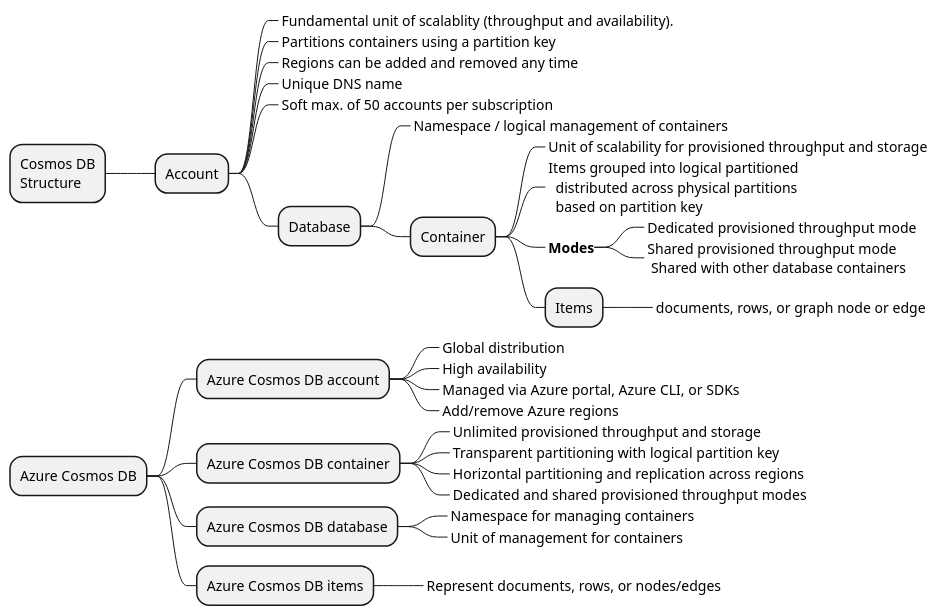
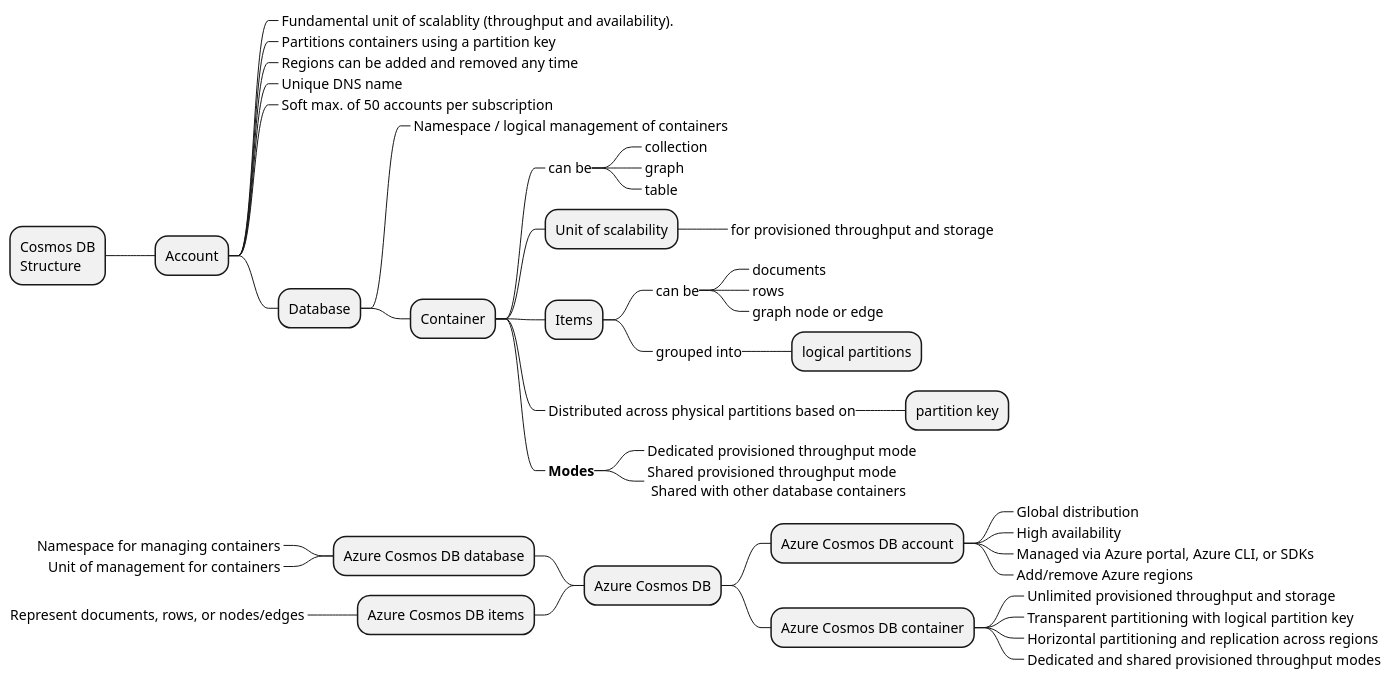
Before and after one commit to rob-bl8ke/Az204-Cosmos: the diagram in Notes/Diagrams/cosmosdb-structure.plantuml, drawn with PlantUML. The commit also changed 8 other files, not shown here.

```diff
--- a/Notes/Diagrams/cosmosdb-structure.plantuml
+++ b/Notes/Diagrams/cosmosdb-structure.plantuml
@@ -1,38 +1,49 @@
 @startmindmap "Cosmos DB Structure"
 
 + Cosmos DB\nStructure
 ++ Account
 +++_ Fundamental unit of scalablity (throughput and availability).
 +++_ Partitions containers using a partition key
 +++_ Regions can be added and removed any time
 +++_ Unique DNS name
 +++_ Soft max. of 50 accounts per subscription
 +++ Database
 ++++_ Namespace / logical management of containers
 ++++ Container
-+++++_ Unit of scalability for provisioned throughput and storage
-+++++_ Items grouped into logical partitioned\n  distributed across physical partitions\n  based on partition key
++++++_ can be
+++++++_ collection
+++++++_ graph
+++++++_ table
++++++ Unit of scalability
+++++++_ for provisioned throughput and storage
++++++ Items
+++++++_ can be
++++++++_ documents
++++++++_ rows
++++++++_ graph node or edge
+++++++_ grouped into
++++++++ logical partitions
++++++_ Distributed across physical partitions based on
+++++++ partition key
 +++++_ **Modes**
 ++++++_ Dedicated provisioned throughput mode
 ++++++_ Shared provisioned throughput mode\n Shared with other database containers
-+++++ Items
-++++++_ documents, rows, or graph node or edge
 
-* Azure Cosmos DB
-** Azure Cosmos DB account
-***_ Global distribution
-***_ High availability
-***_ Managed via Azure portal, Azure CLI, or SDKs
-***_ Add/remove Azure regions
-** Azure Cosmos DB container
-***_ Unlimited provisioned throughput and storage
-***_ Transparent partitioning with logical partition key
-***_ Horizontal partitioning and replication across regions
-***_ Dedicated and shared provisioned throughput modes
-** Azure Cosmos DB database
-***_ Namespace for managing containers
-***_ Unit of management for containers
-** Azure Cosmos DB items
-***_ Represent documents, rows, or nodes/edges
++ Azure Cosmos DB
+++ Azure Cosmos DB account
++++_ Global distribution
++++_ High availability
++++_ Managed via Azure portal, Azure CLI, or SDKs
++++_ Add/remove Azure regions
+++ Azure Cosmos DB container
++++_ Unlimited provisioned throughput and storage
++++_ Transparent partitioning with logical partition key
++++_ Horizontal partitioning and replication across regions
++++_ Dedicated and shared provisioned throughput modes
+-- Azure Cosmos DB database
+---_ Namespace for managing containers
+---_ Unit of management for containers
+-- Azure Cosmos DB items
+---_ Represent documents, rows, or nodes/edges
 
 @endmindmap
```
